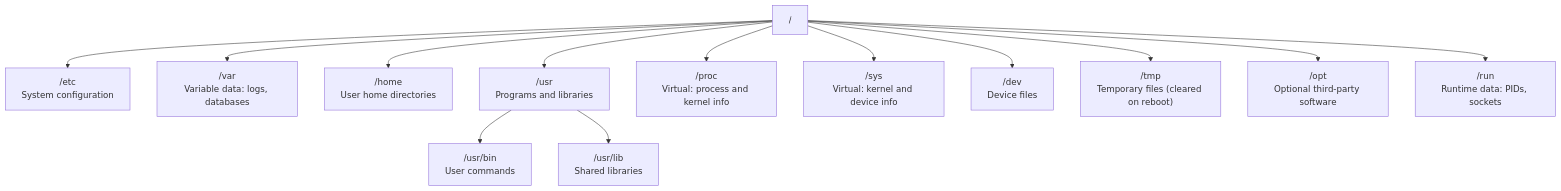
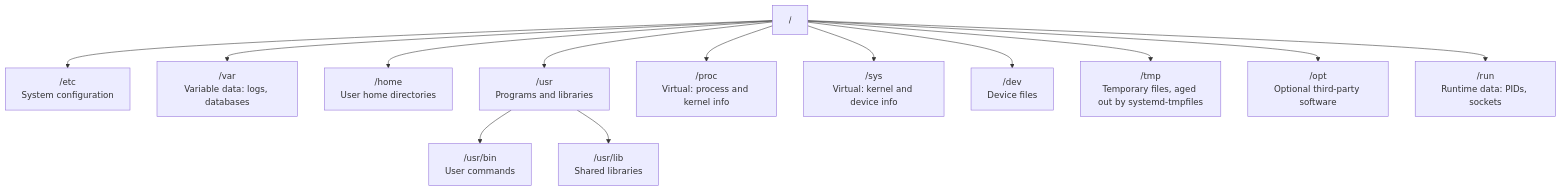
One commit to UncleJS/course_devops_career changed the first of 5 diagrams in module-01-linux-fundamentals.md. Above: the diagram before and after it, drawn with Mermaid. The commit also changed other lines of this file and 16 other files, not shown here.

````diff
--- a/module-01-linux-fundamentals.md
+++ b/module-01-linux-fundamentals.md
@@ -79,16 +37,16 @@
 ```mermaid
 flowchart TD
     ROOT["/"]
     ROOT --> ETC["/etc<br/>System configuration"]
     ROOT --> VAR["/var<br/>Variable data: logs, databases"]
     ROOT --> HOME["/home<br/>User home directories"]
     ROOT --> USR["/usr<br/>Programs and libraries"]
     ROOT --> PROC["/proc<br/>Virtual: process and kernel info"]
     ROOT --> SYS["/sys<br/>Virtual: kernel and device info"]
     ROOT --> DEV["/dev<br/>Device files"]
-    ROOT --> TMP["/tmp<br/>Temporary files (cleared on reboot)"]
+    ROOT --> TMP["/tmp<br/>Temporary files, aged out by systemd-tmpfiles"]
     ROOT --> OPT["/opt<br/>Optional third-party software"]
     ROOT --> RUN["/run<br/>Runtime data: PIDs, sockets"]
     USR --> USRBIN["/usr/bin<br/>User commands"]
     USR --> USRLIB["/usr/lib<br/>Shared libraries"]
 ```
````
